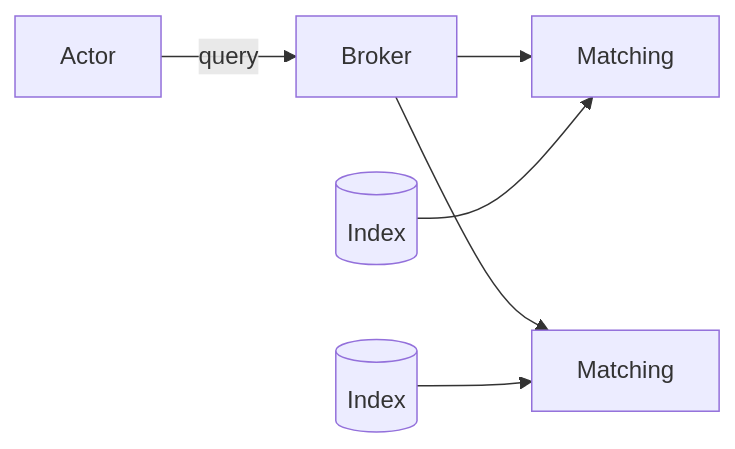
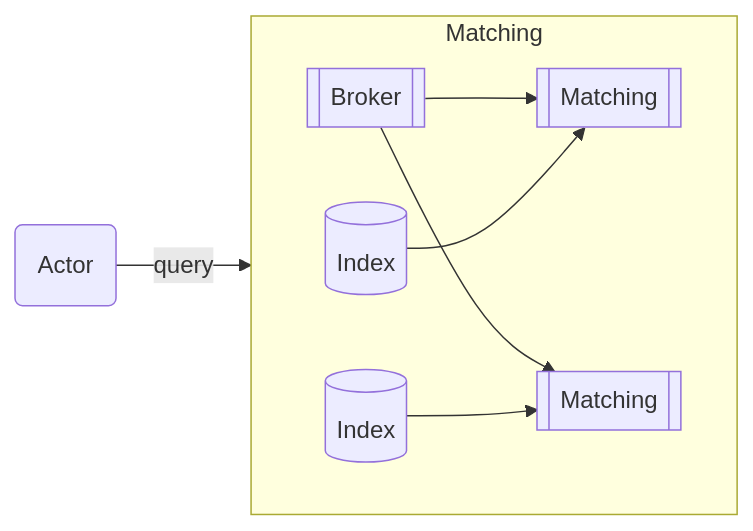
Diagram 18 of 20 in Files/Notas de aula.md (UFMG-Organizacao-de-Disciplinas/DCC831-TECC_Recuperacao_de_Informacao), drawn with Mermaid before and after one commit. The commit also changed other lines of this file, not shown here.

````diff
--- a/Files/Notas de aula.md
+++ b/Files/Notas de aula.md
@@ -2062,8 +2063,16 @@
 ```mermaid
 graph LR
-  Actor -->|query| Broker
-  Broker --> Matching_1[Matching]
-  Broker --> Matching_2[Matching]
-  Index_1[(Index)] --> Matching_1
-  Index_2[(Index)] --> Matching_2
+
+  subgraph Matching
+    direction LR
+    broker[[Broker]]
+    matching_1[[Matching]]
+    matching_2[[Matching]]
+    index_1[(Index)]
+    index_2[(Index)]
+  end
+
+  actor(Actor) -->|query| broker --> matching_1 & matching_2
+  index_1 --> matching_1
+  index_2 --> matching_2
 ```
````
